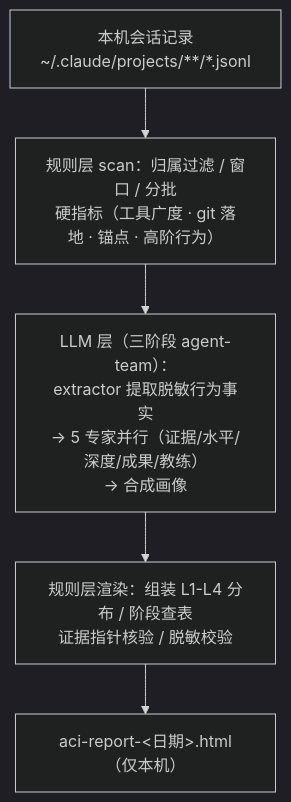
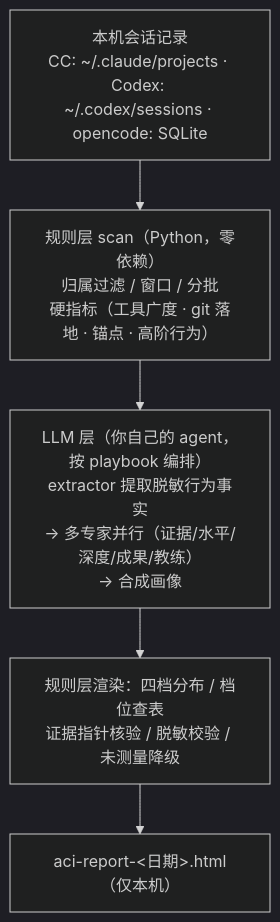
Before and after one commit to BigKunLun/AI-Coding-Insights: the diagram in README.md, drawn with Mermaid (dark theme). The commit also changed other lines of this file and 65 other files, not shown here.

First line of the commit message:
重构: 多端改造（CC/Codex/opencode）+ 报告降级呈现返工

````diff
--- a/README.md
+++ b/README.md
@@ -77,7 +212,7 @@
 ```mermaid
 flowchart TB
-    A["本机会话记录<br/>~/.claude/projects/**/*.jsonl"] --> B["规则层 scan：归属过滤 / 窗口 / 分批<br/>硬指标（工具广度 · git 落地 · 锚点 · 高阶行为）"]
-    B --> C["LLM 层（三阶段 agent-team）：<br/>extractor 提取脱敏行为事实<br/>→ 5 专家并行（证据/水平/深度/成果/教练）<br/>→ 合成画像"]
-    C --> D["规则层渲染：组装 L1-L4 分布 / 阶段查表<br/>证据指针核验 / 脱敏校验"]
+    A["本机会话记录<br/>CC: ~/.claude/projects · Codex: ~/.codex/sessions · opencode: SQLite"] --> B["规则层 scan（Python，零依赖）<br/>归属过滤 / 窗口 / 分批<br/>硬指标（工具广度 · git 落地 · 锚点 · 高阶行为）"]
+    B --> C["LLM 层（你自己的 agent，按 playbook 编排）<br/>extractor 提取脱敏行为事实<br/>→ 多专家并行（证据/水平/深度/成果/教练）<br/>→ 合成画像"]
+    C --> D["规则层渲染：四档分布 / 档位查表<br/>证据指针核验 / 脱敏校验 / 未测量降级"]
     D --> E["aci-report-&lt;日期&gt;.html（仅本机）"]
 ```
````
